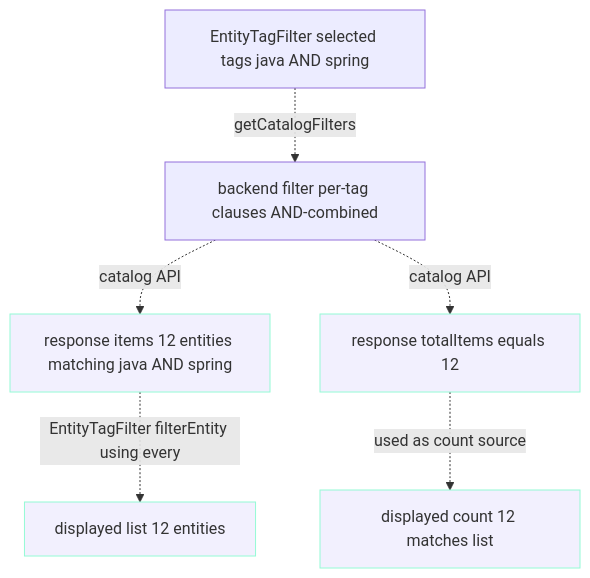
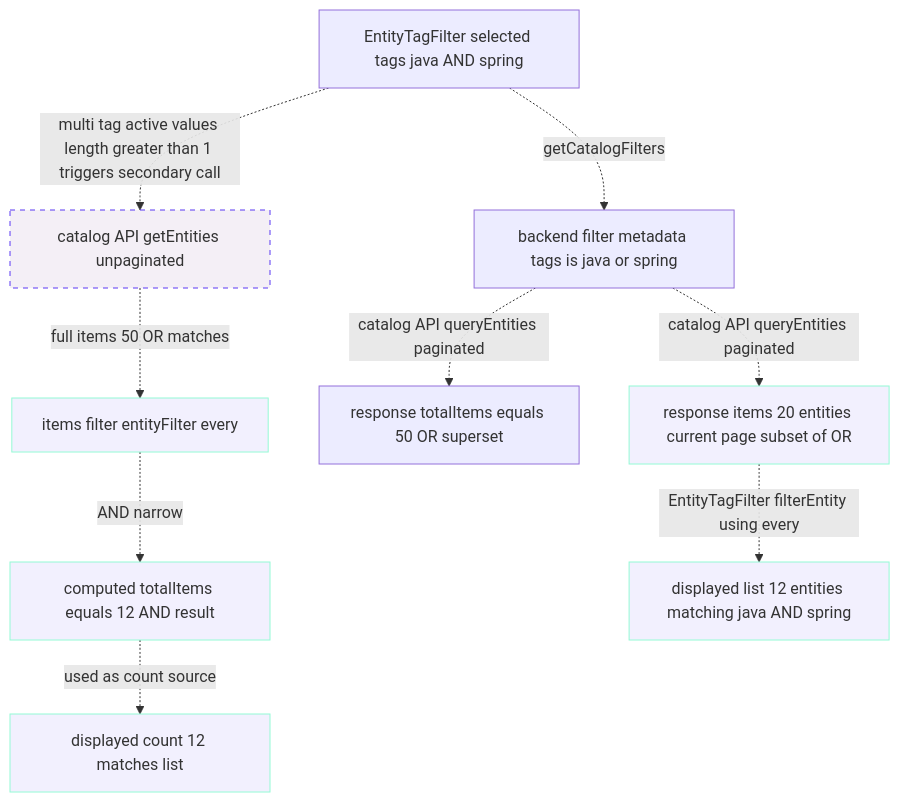
Before and after one commit to Blitzy-Sandbox/blitzy-sandbox-backstage: the sixth of 6 diagrams in docs/refactor/architecture-before-after.md, drawn with Mermaid. The commit also changed other lines of this file and 17 other files, not shown here.

````diff
--- a/docs/refactor/architecture-before-after.md
+++ b/docs/refactor/architecture-before-after.md
@@ -169,10 +169,15 @@
 ```mermaid
 flowchart TD
-    F1[EntityTagFilter selected tags java AND spring] -. getCatalogFilters .-> F2[backend filter per-tag clauses AND-combined]
-    F2 -. catalog API .-> F3[response items 12 entities matching java AND spring]
-    F2 -. catalog API .-> F4[response totalItems equals 12]
-    F3 -. EntityTagFilter filterEntity using every .-> F5[displayed list 12 entities]
+    F1[EntityTagFilter selected tags java AND spring] -. getCatalogFilters .-> F2[backend filter metadata tags is java or spring]
+    F2 -. catalog API queryEntities paginated .-> F3[response items 20 entities current page subset of OR]
+    F2 -. catalog API queryEntities paginated .-> F7[response totalItems equals 50 OR superset]
+    F1 -. multi tag active values length greater than 1 triggers secondary call .-> F8[catalog API getEntities unpaginated]
+    F8 -. full items 50 OR matches .-> F9[items filter entityFilter every]
+    F9 -. AND narrow .-> F4[computed totalItems equals 12 AND result]
+    F3 -. EntityTagFilter filterEntity using every .-> F5[displayed list 12 entities matching java AND spring]
     F4 -. used as count source .-> F6[displayed count 12 matches list]
     classDef good fill:#F2F0FE,stroke:#94FAD5,color:#333333
-    class F3,F4,F5,F6 good
+    classDef secondary fill:#F4EFF6,stroke:#5B39F3,color:#333333,stroke-dasharray: 5 5
+    class F3,F4,F5,F6,F9 good
+    class F8 secondary
 ```
````
